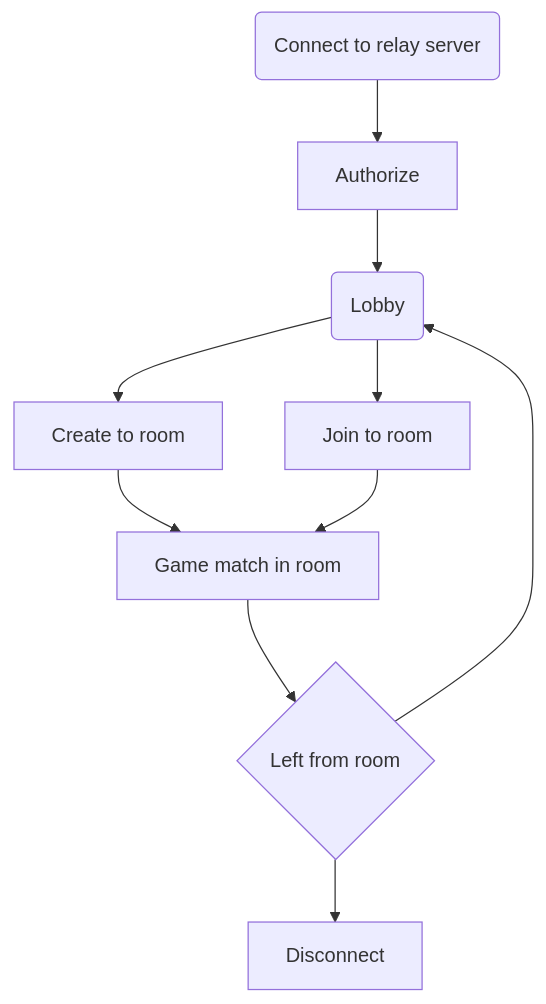
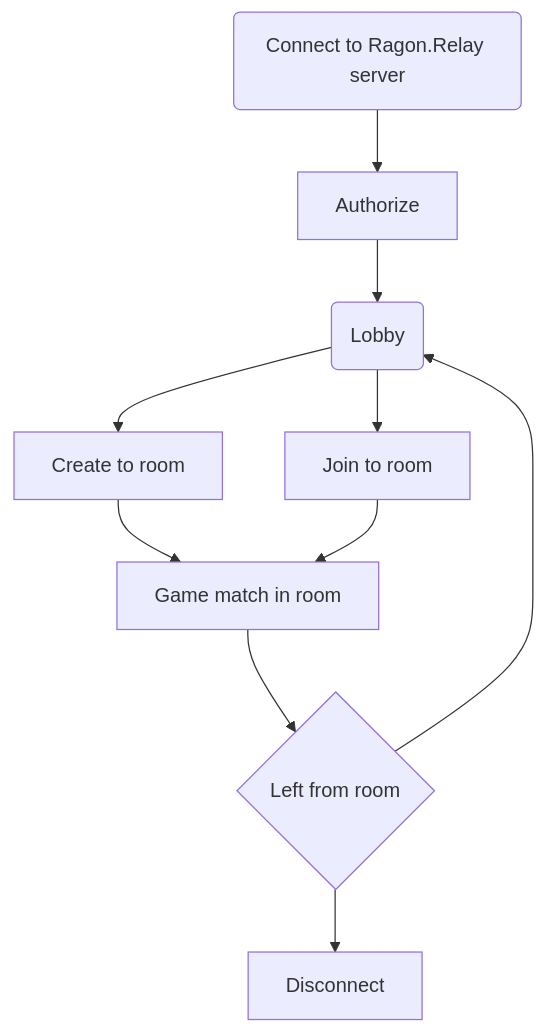
One commit to edmand46/Ragon-Docs changed the second of 2 diagrams in docs/overview.md. Above: the diagram before and after it, drawn with Mermaid. The commit also changed other lines of this file and 20 other files, not shown here.

````diff
--- a/docs/overview.md
+++ b/docs/overview.md
@@ -25,12 +36,12 @@
 ```mermaid
 flowchart TD;
-    A(Connect to relay server) --> T[Authorize]
+    A(Connect to Ragon.Relay server) --> T[Authorize]
     T --> B(Lobby);
     B --> C[Join to room]
     B --> E[Create to room]
     E --> D
     C --> D[Game match in room] 
     D --> F{Left from room}
     F --> B
     F --> G[Disconnect]
 ```
````
